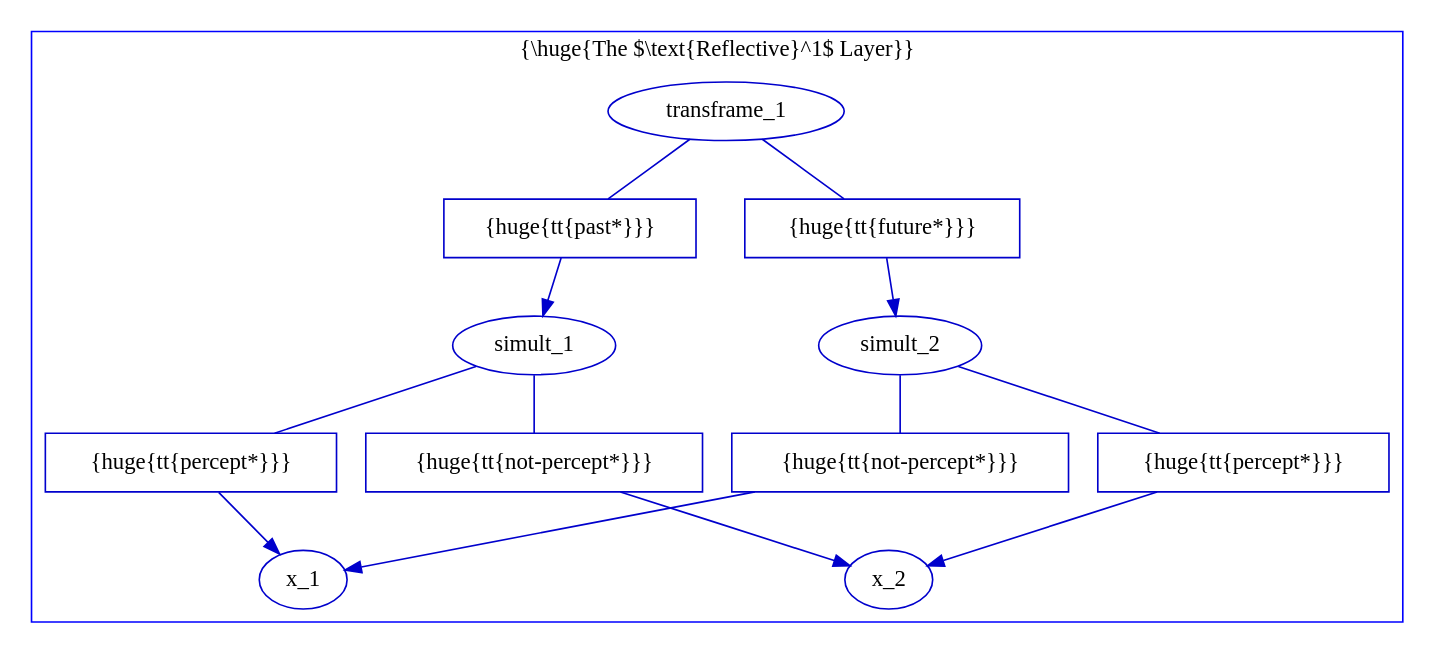
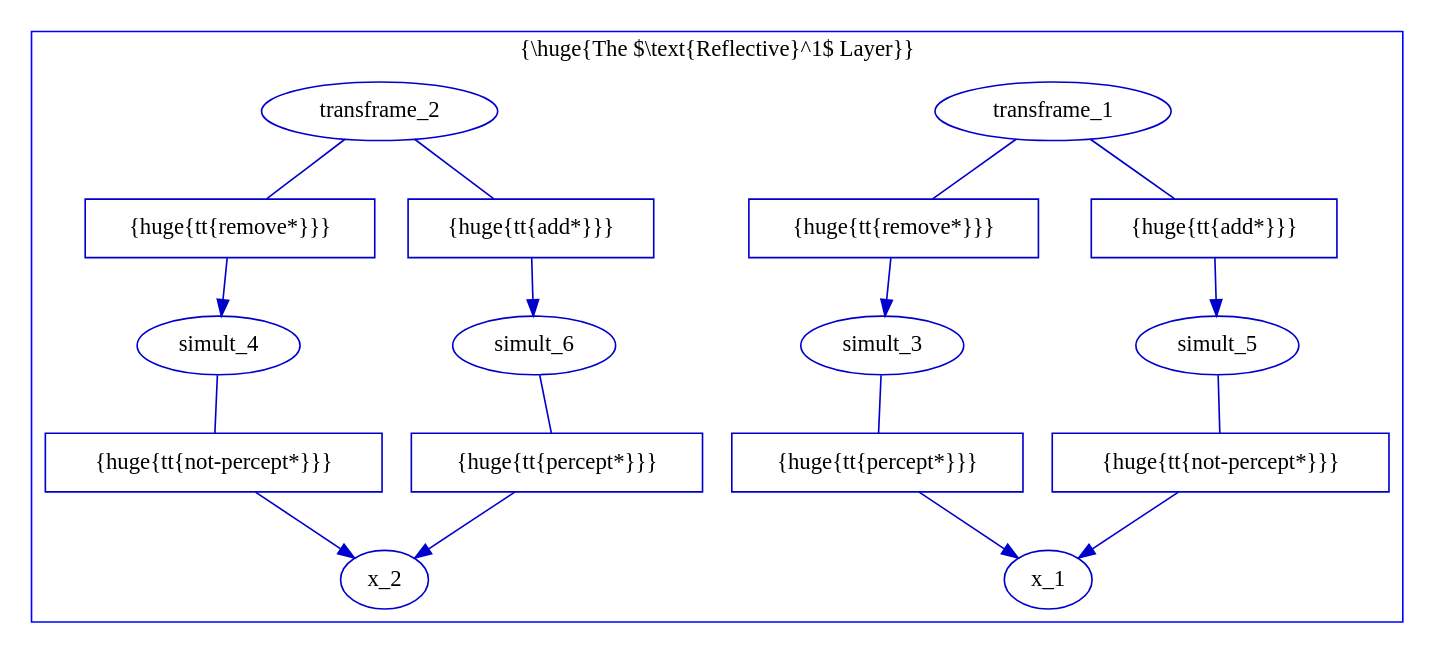
One commit to bunuelo/funk2 changed the diagram in documentation/phdthesis/gfx/example_transframe.dot. Above: the diagram before and after it, drawn with Graphviz. The commit also changed 10 other files, not shown here.

```diff
--- a/documentation/phdthesis/gfx/example_transframe.dot
+++ b/documentation/phdthesis/gfx/example_transframe.dot
@@ -1,57 +1,76 @@
 digraph G {
   
   subgraph cluster_1 {
     label = "{\\huge{The $\\text{Reflective}^1$ Layer}}";
     color=blue
     
     // reflective
     node [fillcolor = white, color = "#0000CC", style = filled];
     edge [color = "#0000CC"];
         
     // x_1^*
     
     x_1 [texlbl = "{\huge{\tt{x-1*}}}"];
     
     // x_2^*
     
     x_2 [texlbl = "{\huge{\tt{x-2*}}}"];
     
-    // simult_1^*
+    // simult_3^*
     
-    simult_1 [texlbl = "{\huge{\tt{simult-1*}}}"];
+    simult_3 [texlbl = "{\huge{\tt{simult-3*}}}"];
     
-    simult_1_percept_x_1 [shape=box,style=filled,label="{\huge{\tt{percept*}}}"];
-    simult_1 -> simult_1_percept_x_1 [arrowhead=none];
-    simult_1_percept_x_1 -> x_1 [style="-triangle 45"];
+    simult_3_percept_x_1 [shape=box,style=filled,label="{\huge{\tt{percept*}}}"];
+    simult_3 -> simult_3_percept_x_1 [arrowhead=none];
+    simult_3_percept_x_1 -> x_1 [style="-triangle 45"];
     
-    simult_1_not_percept_x_2 [shape=box,style=filled,label="{\huge{\tt{not-percept*}}}"];
-    simult_1 -> simult_1_not_percept_x_2 [arrowhead=none];
-    simult_1_not_percept_x_2 -> x_2 [style="-triangle 45"];
+    // simult_4^*
     
-    // simult_2^*
+    simult_4 [texlbl = "{\huge{\tt{simult-4*}}}"];
     
-    simult_2 [texlbl = "{\huge{\tt{simult-2*}}}"];
+    simult_4_not_percept_x_2 [shape=box,style=filled,label="{\huge{\tt{not-percept*}}}"];
+    simult_4 -> simult_4_not_percept_x_2 [arrowhead=none];
+    simult_4_not_percept_x_2 -> x_2 [style="-triangle 45"];
     
-    simult_2_not_percept_x_1 [shape=box,style=filled,label="{\huge{\tt{not-percept*}}}"];
-    simult_2 -> simult_2_not_percept_x_1 [arrowhead=none];
-    simult_2_not_percept_x_1 -> x_1 [style="-triangle 45"];
+    // simult_5^*
     
-    simult_2_percept_x_2 [shape=box,style=filled,label="{\huge{\tt{percept*}}}"];
-    simult_2 -> simult_2_percept_x_2 [arrowhead=none];
-    simult_2_percept_x_2 -> x_2 [style="-triangle 45"];
+    simult_5 [texlbl = "{\huge{\tt{simult-5*}}}"];
     
+    simult_5_not_percept_x_1 [shape=box,style=filled,label="{\huge{\tt{not-percept*}}}"];
+    simult_5 -> simult_5_not_percept_x_1 [arrowhead=none];
+    simult_5_not_percept_x_1 -> x_1 [style="-triangle 45"];
+    
+    // simult_6^*
+    
+    simult_6 [texlbl = "{\huge{\tt{simult-6*}}}"];
+    
+    simult_6_percept_x_2 [shape=box,style=filled,label="{\huge{\tt{percept*}}}"];
+    simult_6 -> simult_6_percept_x_2 [arrowhead=none];
+    simult_6_percept_x_2 -> x_2 [style="-triangle 45"];
     
     // transframe_1
     
     transframe_1 [texlbl = "{\huge{\tt{transframe-1*}}}"];
     
-    transframe_1_past_simult_1 [shape=box,style=filled,label="{\huge{\tt{past*}}}"];
-    transframe_1 -> transframe_1_past_simult_1 [arrowhead=none];
-    transframe_1_past_simult_1 -> simult_1 [style="-triangle 45"];
+    transframe_1_remove_simult_3 [shape=box,style=filled,label="{\huge{\tt{remove*}}}"];
+    transframe_1 -> transframe_1_remove_simult_3 [arrowhead=none];
+    transframe_1_remove_simult_3 -> simult_3 [style="-triangle 45"];
 
-    transframe_1_future_simult_2 [shape=box,style=filled,label="{\huge{\tt{future*}}}"];
-    transframe_1 -> transframe_1_future_simult_2 [arrowhead=none];
-    transframe_1_future_simult_2 -> simult_2 [style="-triangle 45"];
+    transframe_1_add_simult_5 [shape=box,style=filled,label="{\huge{\tt{add*}}}"];
+    transframe_1 -> transframe_1_add_simult_5 [arrowhead=none];
+    transframe_1_add_simult_5 -> simult_5 [style="-triangle 45"];
 
+    // transframe_2
+    
+    transframe_2 [texlbl = "{\huge{\tt{transframe-2*}}}"];
+    
+    transframe_2_remove_simult_4 [shape=box,style=filled,label="{\huge{\tt{remove*}}}"];
+    transframe_2 -> transframe_2_remove_simult_4 [arrowhead=none];
+    transframe_2_remove_simult_4 -> simult_4 [style="-triangle 45"];
+
+    transframe_2_add_simult_6 [shape=box,style=filled,label="{\huge{\tt{add*}}}"];
+    transframe_2 -> transframe_2_add_simult_6 [arrowhead=none];
+    transframe_2_add_simult_6 -> simult_6 [style="-triangle 45"];
+    
   }
 }
```
